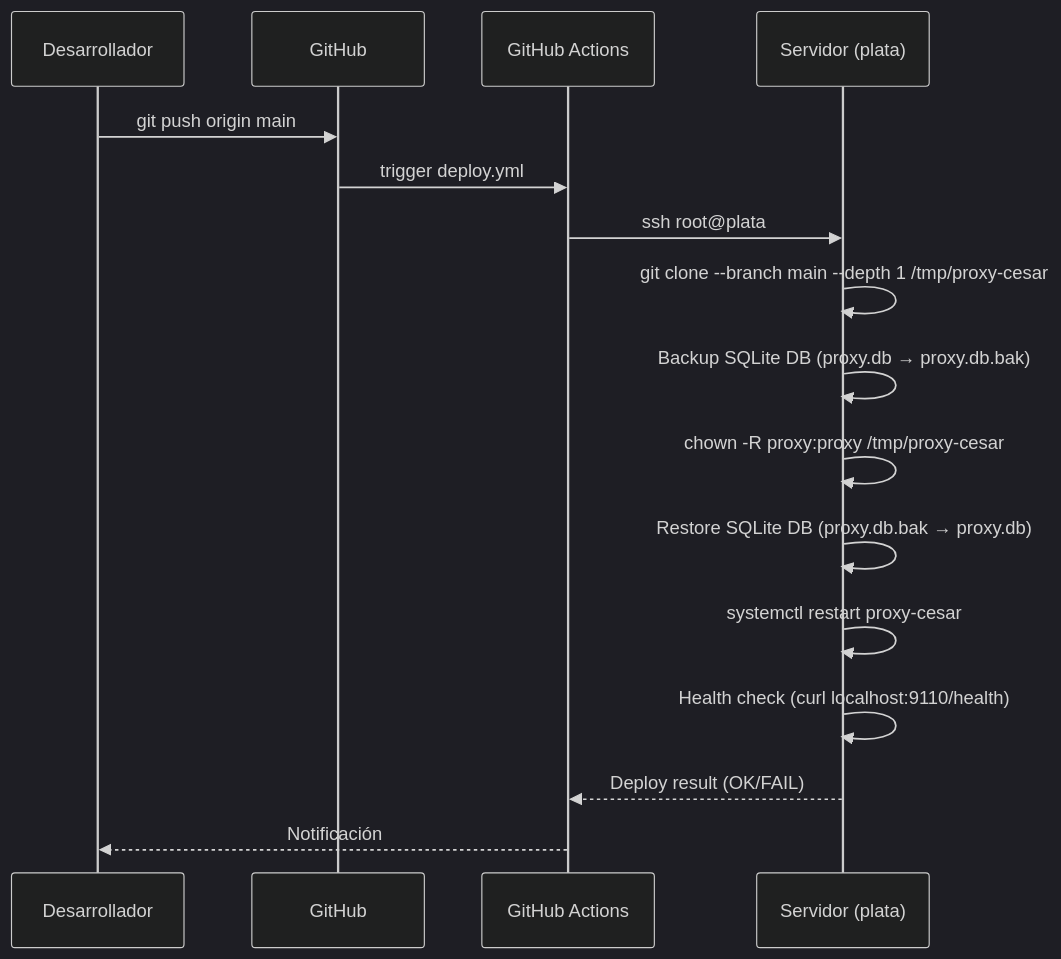
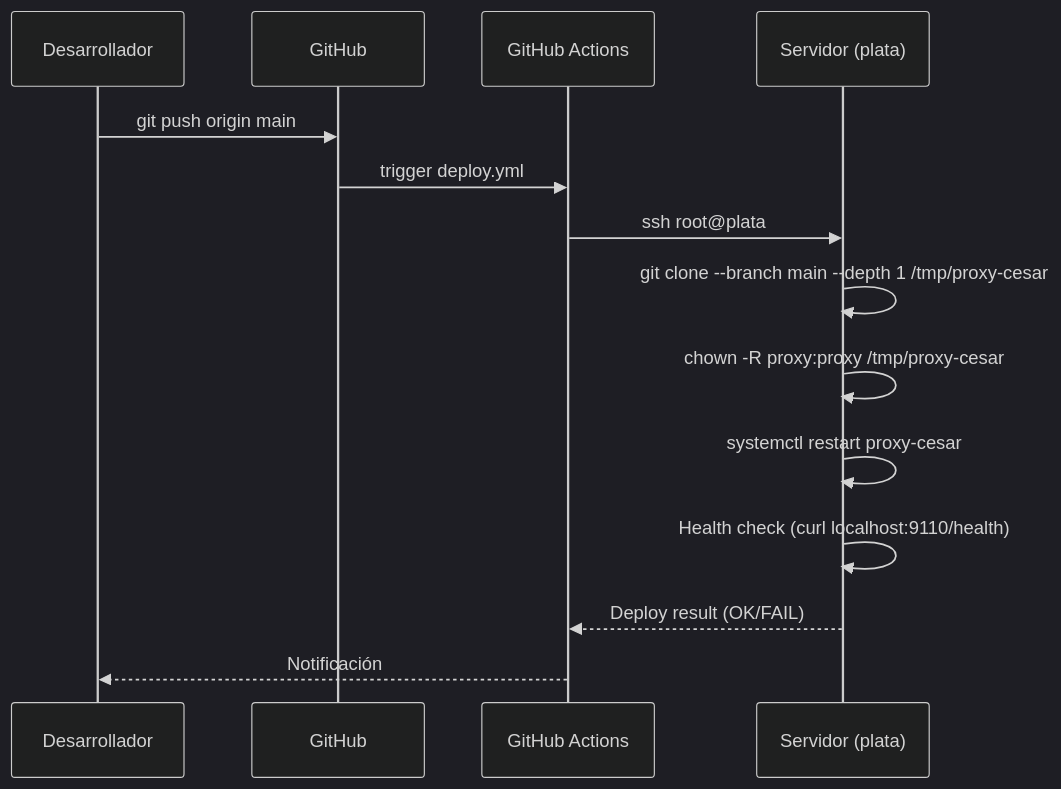
Before and after one commit to CesarGuzmanLopez/proxy-cesar: the sixth of 8 diagrams in diagramas.md, drawn with Mermaid (dark theme). The commit also changed 3 other files, not shown here.

````diff
--- a/diagramas.md
+++ b/diagramas.md
@@ -196,19 +196,17 @@
 ```mermaid
 sequenceDiagram
     participant Dev as Desarrollador
     participant GH as GitHub
     participant GA as GitHub Actions
     participant Server as Servidor (plata)
 
     Dev->>GH: git push origin main
     GH->>GA: trigger deploy.yml
     GA->>Server: ssh root@plata
     Server->>Server: git clone --branch main --depth 1 /tmp/proxy-cesar
-    Server->>Server: Backup SQLite DB (proxy.db → proxy.db.bak)
     Server->>Server: chown -R proxy:proxy /tmp/proxy-cesar
-    Server->>Server: Restore SQLite DB (proxy.db.bak → proxy.db)
     Server->>Server: systemctl restart proxy-cesar
     Server->>Server: Health check (curl localhost:9110/health)
     Server-->>GA: Deploy result (OK/FAIL)
     GA-->>Dev: Notificación
 ```
````
